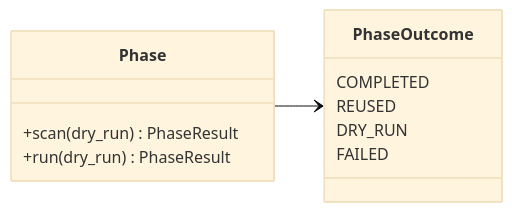
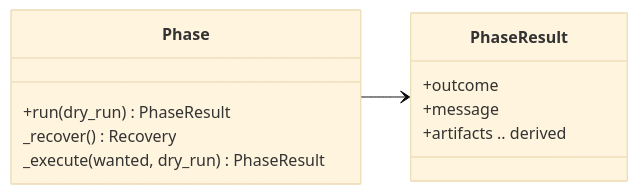
The third of 6 diagrams in docs/architecture.md (CHerSun/pyqenc), drawn with Mermaid (base theme) before and after one commit. The commit also changed other lines of this file and 1 other file, not shown here.

First line of the commit message:
docs(architecture): the generic artifact model — ledger vocabulary, uniform recovery reporting, merged/ (task 10)

````diff
--- a/docs/architecture.md
+++ b/docs/architecture.md
@@ -92,15 +98,15 @@
 ```mermaid
 classDiagram
     direction LR
     class Phase {
-        +scan(dry_run) PhaseResult
         +run(dry_run) PhaseResult
+        _recover() Recovery
+        _execute(wanted, dry_run) PhaseResult
     }
-    class PhaseOutcome {
-        COMPLETED
-        REUSED
-        DRY_RUN
-        FAILED
+    class PhaseResult {
+        +outcome
+        +message
+        +artifacts .. derived
     }
-    Phase --> PhaseOutcome
+    Phase --> PhaseResult
 ```
````
